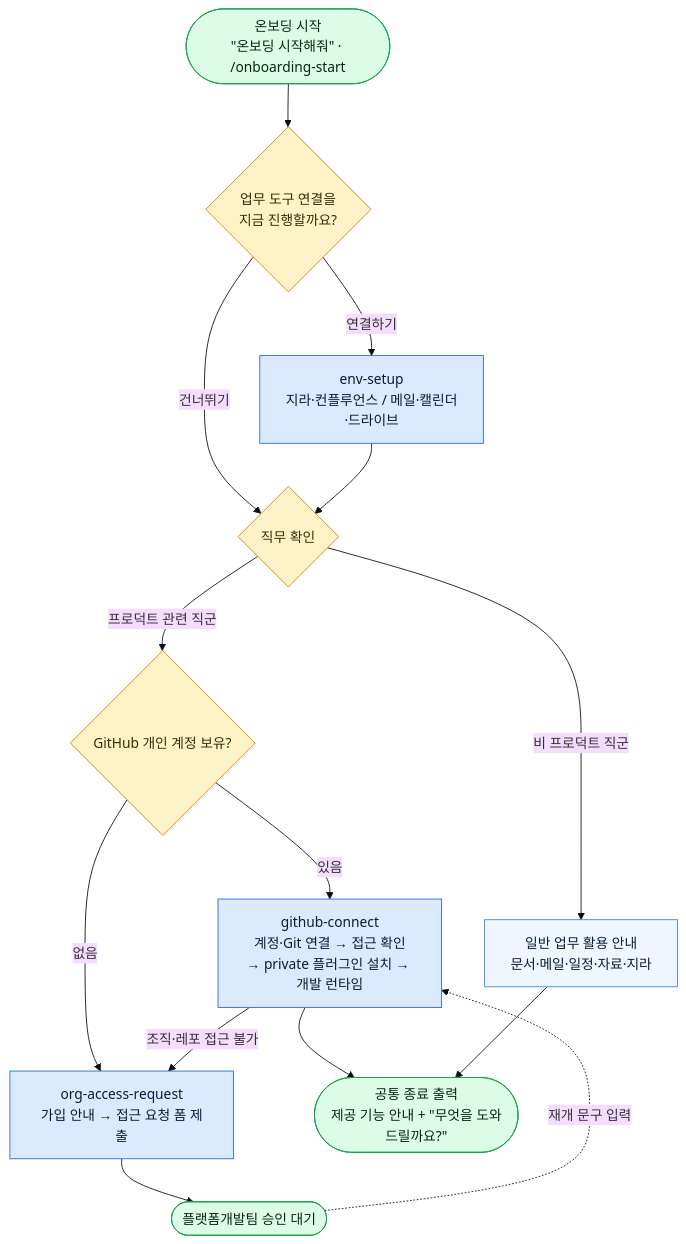
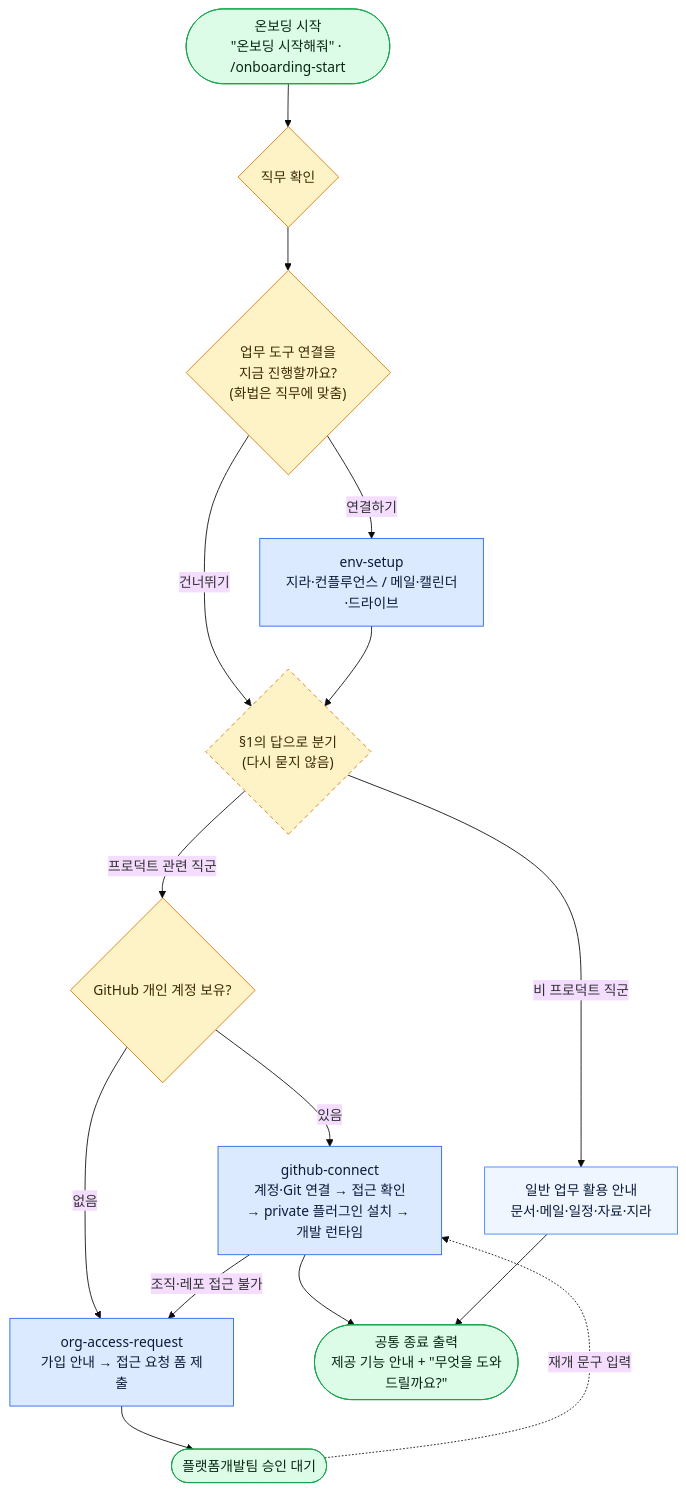
Before and after one commit to VntgCorp/terroir-claude-plugin-public: the diagram in plugins/terroir-onboarding/README.md, drawn with Mermaid (base theme). The commit also changed other lines of this file and 2 other files, not shown here.

Commit message:
refactor: 온보딩 질문 순서 교체 — 직무 확인 후 환경 셋팅 [RDDP-1439]
첫 질문을 "업무 도구 연결을 지금 진행할까요?"(결정 질문)에서
"어떤 직무를 맡고 계신가요?"(사실 질문)로 바꾼다. 사용자가 도구의
필요성·후속 단계를 모르는 시점에 판단을 요구하지 않고, 직무를 먼저
알아 이어지는 도구 연결 질문의 화법을 직군별로 맞출 수 있다
(비 프로덕트=핵심 단계이므로 권장 / 프로덕트=건너뛰어도 무방).

순서를 바꾸면 직무 답을 env-setup 너머로 들고 가야 한다. env-setup은
사용자의 /mcp 입력을 기다리며 턴을 여러 번 끊으므로, 분기 시점에
직무를 다시 묻지 않고 §1의 답을 명시하며 넘어가도록 §2-1에 못박았다.

- onboarding-start: §1↔§2 교체, §2-1 직무별 분기 신설, 상단 흐름도·description 정합
- env-setup: when_to_use를 "직무 확인 직후, 직무별 분기 앞"으로 수정
- README: mermaid에 분기 노드(BR) 추가·엣지 재배선, 스킬 표 갱신

github-connect·org-access-request는 진입 조건이 순서와 무관하고
§번호도 자기 문서 내부 참조라 변경하지 않았다.

````diff
--- a/plugins/terroir-onboarding/README.md
+++ b/plugins/terroir-onboarding/README.md
@@ -34,42 +34,46 @@
 ```mermaid
 flowchart TD
     START(["온보딩 시작<br/>&quot;온보딩 시작해줘&quot; · /onboarding-start"])
 
-    Q1{"업무 도구 연결을<br/>지금 진행할까요?"}
+    Q1{"직무 확인"}
+    Q2{"업무 도구 연결을<br/>지금 진행할까요?<br/>(화법은 직무에 맞춤)"}
     ENV["env-setup<br/>지라·컨플루언스 / 메일·캘린더·드라이브"]
-    Q2{"직무 확인"}
+    BR{"§1의 답으로 분기<br/>(다시 묻지 않음)"}
     Q3{"GitHub 개인 계정 보유?"}
 
     GH["github-connect<br/>계정·Git 연결 → 접근 확인<br/>→ private 플러그인 설치 → 개발 런타임"]
     OA["org-access-request<br/>가입 안내 → 접근 요청 폼 제출"]
     WAIT(["플랫폼개발팀 승인 대기"])
     NP["일반 업무 활용 안내<br/>문서·메일·일정·자료·지라"]
 
     END(["공통 종료 출력<br/>제공 기능 안내 + &quot;무엇을 도와드릴까요?&quot;"])
 
     START --> Q1
-    Q1 -->|연결하기| ENV
-    Q1 -->|건너뛰기| Q2
-    ENV --> Q2
+    Q1 --> Q2
+    Q2 -->|연결하기| ENV
+    Q2 -->|건너뛰기| BR
+    ENV --> BR
 
-    Q2 -->|프로덕트 관련 직군| Q3
-    Q2 -->|비 프로덕트 직군| NP
+    BR -->|프로덕트 관련 직군| Q3
+    BR -->|비 프로덕트 직군| NP
 
     Q3 -->|있음| GH
     Q3 -->|없음| OA
     GH -->|조직·레포 접근 불가| OA
     OA --> WAIT
     WAIT -.->|재개 문구 입력| GH
 
     GH --> END
     NP --> END
 
     classDef skill fill:#dbeafe,stroke:#2563eb,color:#0b1b3a
     classDef gate fill:#fef3c7,stroke:#d97706,color:#3a2a05
     classDef term fill:#dcfce7,stroke:#16a34a,color:#0a2612
     classDef step fill:#eff6ff,stroke:#3b82f6,color:#0b1b3a
+    classDef branch fill:#fef3c7,stroke:#d97706,color:#3a2a05,stroke-dasharray:5 4
     class ENV,GH,OA skill
     class Q1,Q2,Q3 gate
+    class BR branch
     class START,END,WAIT term
     class NP step
 ```
````
